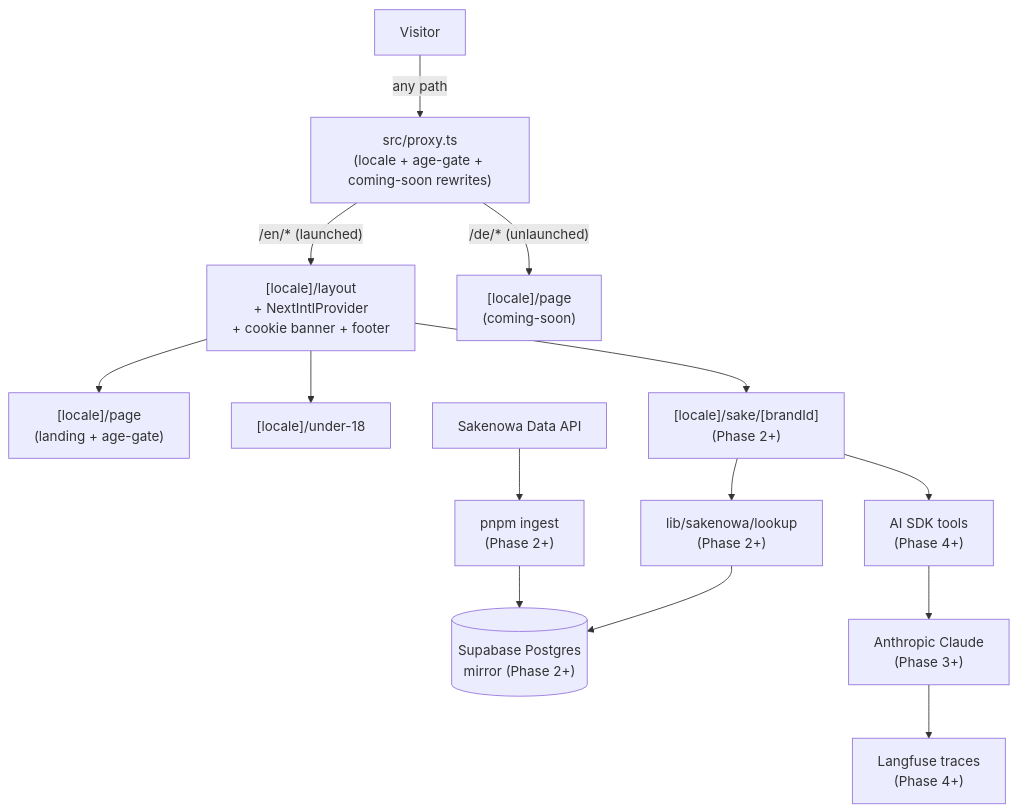
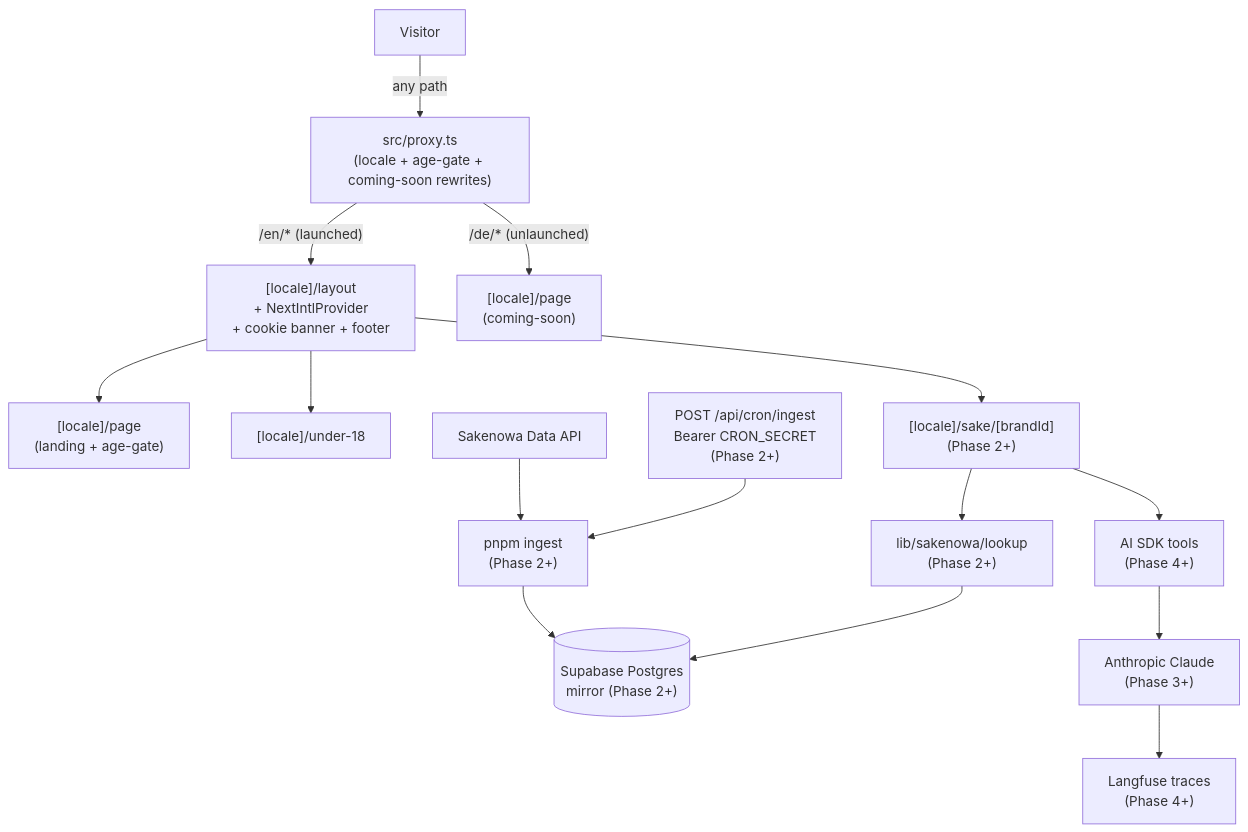
Before and after one commit to yawaragi-dev/yawaragi: the diagram in README.md, drawn with Mermaid. The commit also changed 12 other files, not shown here.

First line of the commit message:
feat: Phase 2 Slice 10 — POST /api/cron/ingest (closes #54)

````diff
--- a/README.md
+++ b/README.md
@@ -23,16 +23,17 @@
 ```mermaid
 flowchart TD
   V[Visitor] -->|"any path"| P["src/proxy.ts<br/>(locale + age-gate + coming-soon rewrites)"]
   P -->|"/en/* (launched)"| LL["[locale]/layout<br/>+ NextIntlProvider<br/>+ cookie banner + footer"]
   P -->|"/de/* (unlaunched)"| CS["[locale]/page<br/>(coming-soon)"]
   LL --> Landing["[locale]/page<br/>(landing + age-gate)"]
   LL --> Under18["[locale]/under-18"]
   LL --> Sake["[locale]/sake/[brandId]<br/>(Phase 2+)"]
   Sake --> Lookup["lib/sakenowa/lookup<br/>(Phase 2+)"]
   Lookup --> DB[("Supabase Postgres<br/>mirror (Phase 2+)")]
   Ingest["pnpm ingest<br/>(Phase 2+)"] --> DB
+  CronRoute["POST /api/cron/ingest<br/>Bearer CRON_SECRET<br/>(Phase 2+)"] --> Ingest
   Sakenowa["Sakenowa Data API"] --> Ingest
   Sake --> Tools["AI SDK tools<br/>(Phase 4+)"]
   Tools --> Anthropic["Anthropic Claude<br/>(Phase 3+)"]
   Anthropic --> Trace["Langfuse traces<br/>(Phase 4+)"]
 ```
````
